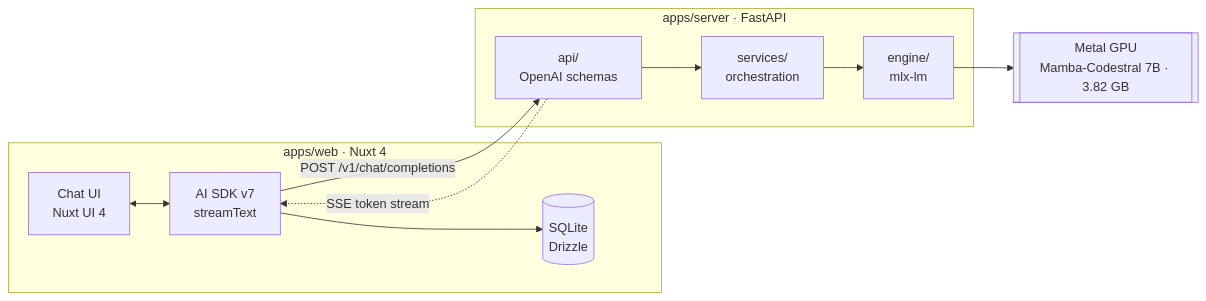
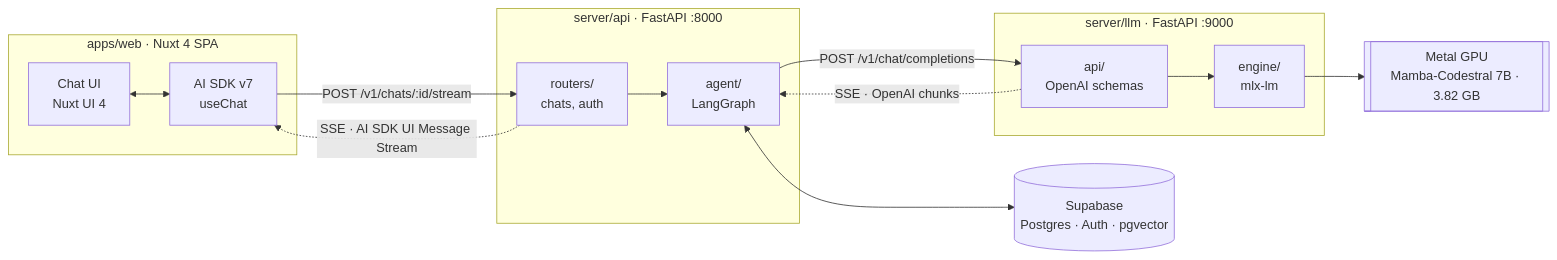
The diagram in README.md (terryong31/nuxt-chat-open-llm), drawn with Mermaid before and after one commit. The commit also changed other lines of this file and 8 other files, not shown here.

First line of the commit message:
docs: document the three-process architecture, record ADR 0006

````diff
--- a/README.md
+++ b/README.md
@@ -62,23 +65,30 @@
 ```mermaid
 flowchart LR
-    subgraph web["apps/web · Nuxt 4"]
+    subgraph web["apps/web · Nuxt 4 SPA"]
         UI["Chat UI<br/>Nuxt UI 4"]
-        SDK["AI SDK v7<br/>streamText"]
-        DB[("SQLite<br/>Drizzle")]
+        SDK["AI SDK v7<br/>useChat"]
         UI <--> SDK
-        SDK --> DB
     end
 
-    subgraph srv["apps/server · FastAPI"]
-        API["api/<br/>OpenAI schemas"]
-        SVC["services/<br/>orchestration"]
-        ENG["engine/<br/>mlx-lm"]
-        API --> SVC --> ENG
+    subgraph gw["server/api · FastAPI :8000"]
+        R["routers/<br/>chats, auth"]
+        AG["agent/<br/>LangGraph"]
+        R --> AG
     end
 
+    subgraph srv["server/llm · FastAPI :9000"]
+        API["api/<br/>OpenAI schemas"]
+        ENG["engine/<br/>mlx-lm"]
+        API --> ENG
+    end
+
+    DB[("Supabase<br/>Postgres · Auth · pgvector")]
     GPU[["Metal GPU<br/>Mamba-Codestral 7B · 3.82 GB"]]
 
-    SDK -- "POST /v1/chat/completions" --> API
-    API -. "SSE token stream" .-> SDK
+    SDK -- "POST /v1/chats/:id/stream" --> R
+    R -. "SSE · AI SDK UI Message Stream" .-> SDK
+    AG -- "POST /v1/chat/completions" --> API
+    API -. "SSE · OpenAI chunks" .-> AG
+    AG <--> DB
     ENG --> GPU
 ```
````
